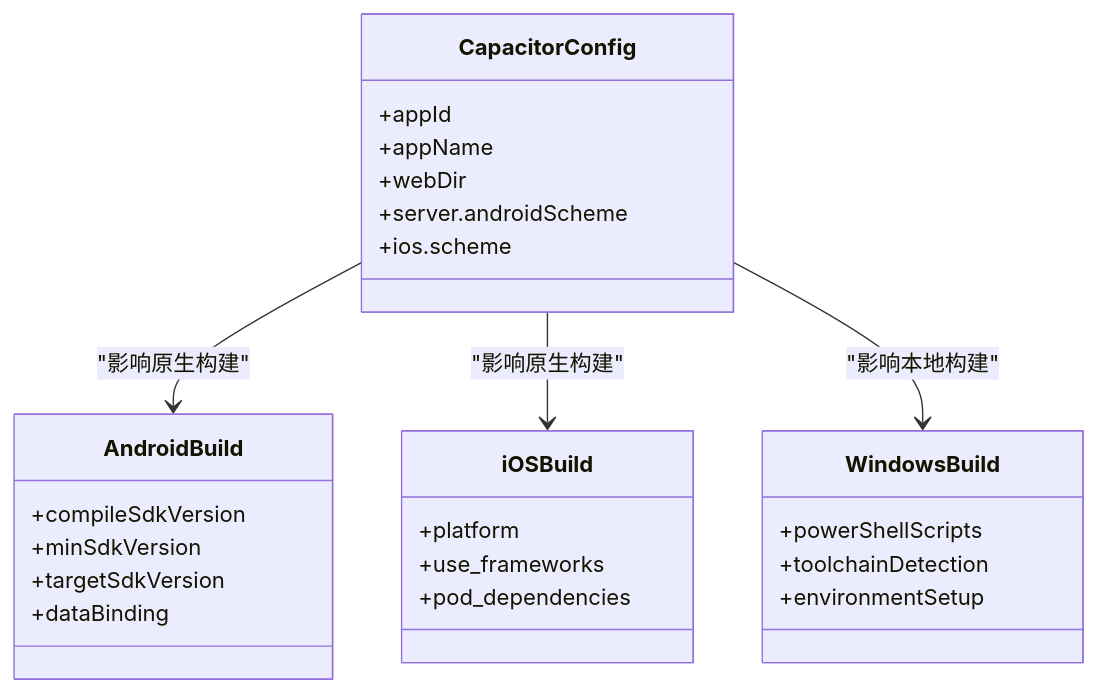
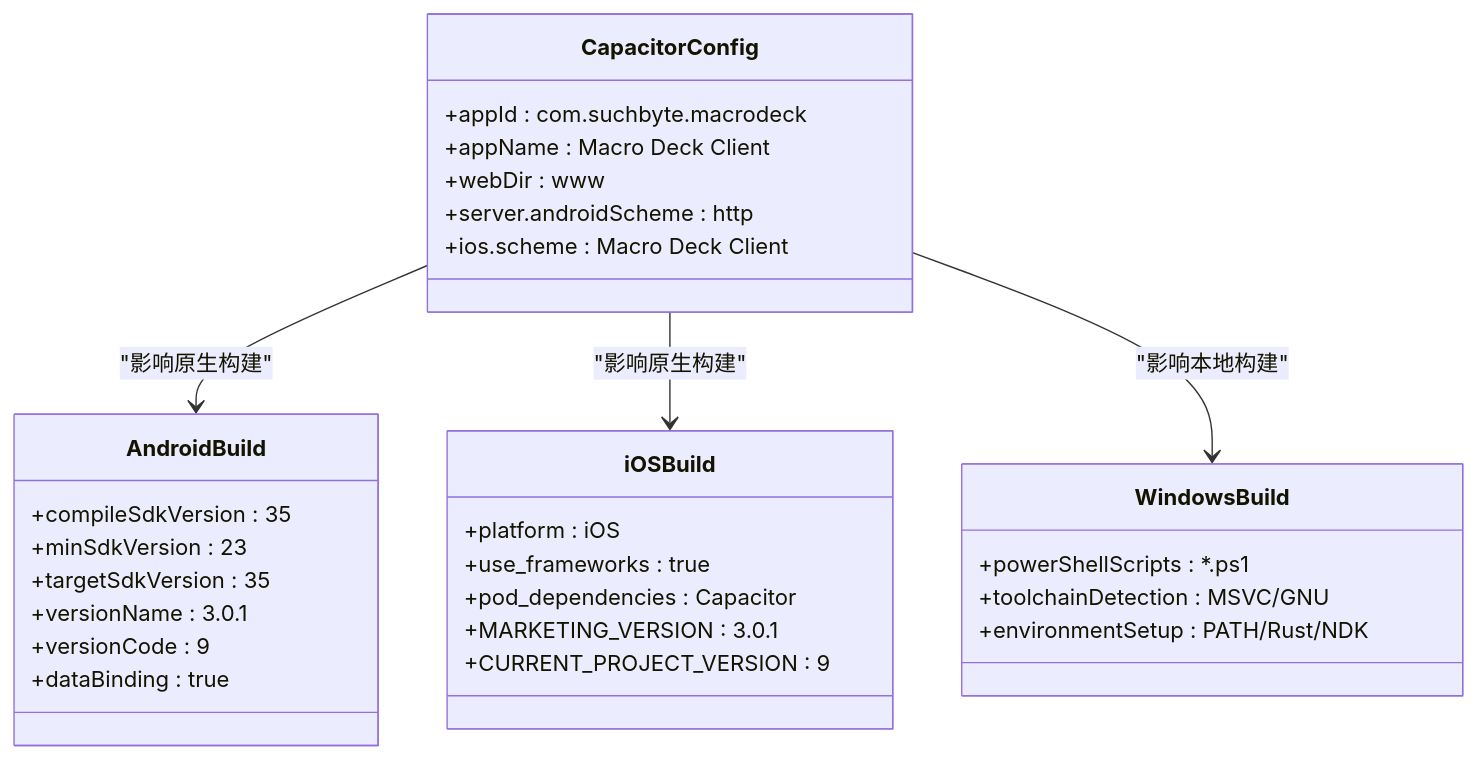
Before and after one commit to tea4go/Macro-Deck-Client-App: the sixth of 9 diagrams in .qoder/repowiki/zh/content/构建与部署/平台部署/平台部署.md, drawn with Mermaid. The commit also changed other lines of this file and 15 other files, not shown here.

````diff
--- a/.qoder/repowiki/zh/content/构建与部署/平台部署/平台部署.md
+++ b/.qoder/repowiki/zh/content/构建与部署/平台部署/平台部署.md
@@ -255,29 +287,33 @@
 ```mermaid
 classDiagram
 class CapacitorConfig {
-+appId
-+appName
-+webDir
-+server.androidScheme
-+ios.scheme
++appId : com.suchbyte.macrodeck
++appName : Macro Deck Client
++webDir : www
++server.androidScheme : http
++ios.scheme : Macro Deck Client
 }
 class AndroidBuild {
-+compileSdkVersion
-+minSdkVersion
-+targetSdkVersion
-+dataBinding
++compileSdkVersion : 35
++minSdkVersion : 23
++targetSdkVersion : 35
++versionName : 3.0.1
++versionCode : 9
++dataBinding : true
 }
 class iOSBuild {
-+platform
-+use_frameworks
-+pod_dependencies
++platform : iOS
++use_frameworks : true
++pod_dependencies : Capacitor
++MARKETING_VERSION : 3.0.1
++CURRENT_PROJECT_VERSION : 9
 }
 class WindowsBuild {
-+powerShellScripts
-+toolchainDetection
-+environmentSetup
++powerShellScripts : *.ps1
++toolchainDetection : MSVC/GNU
++environmentSetup : PATH/Rust/NDK
 }
 CapacitorConfig --> AndroidBuild : "影响原生构建"
 CapacitorConfig --> iOSBuild : "影响原生构建"
 CapacitorConfig --> WindowsBuild : "影响本地构建"
 ```
````
